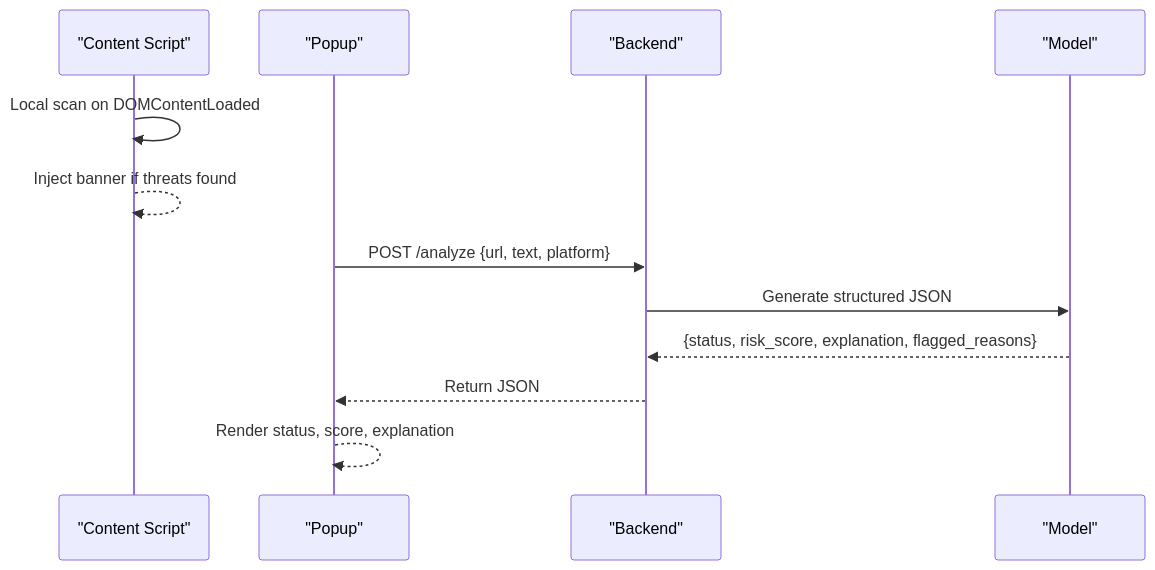
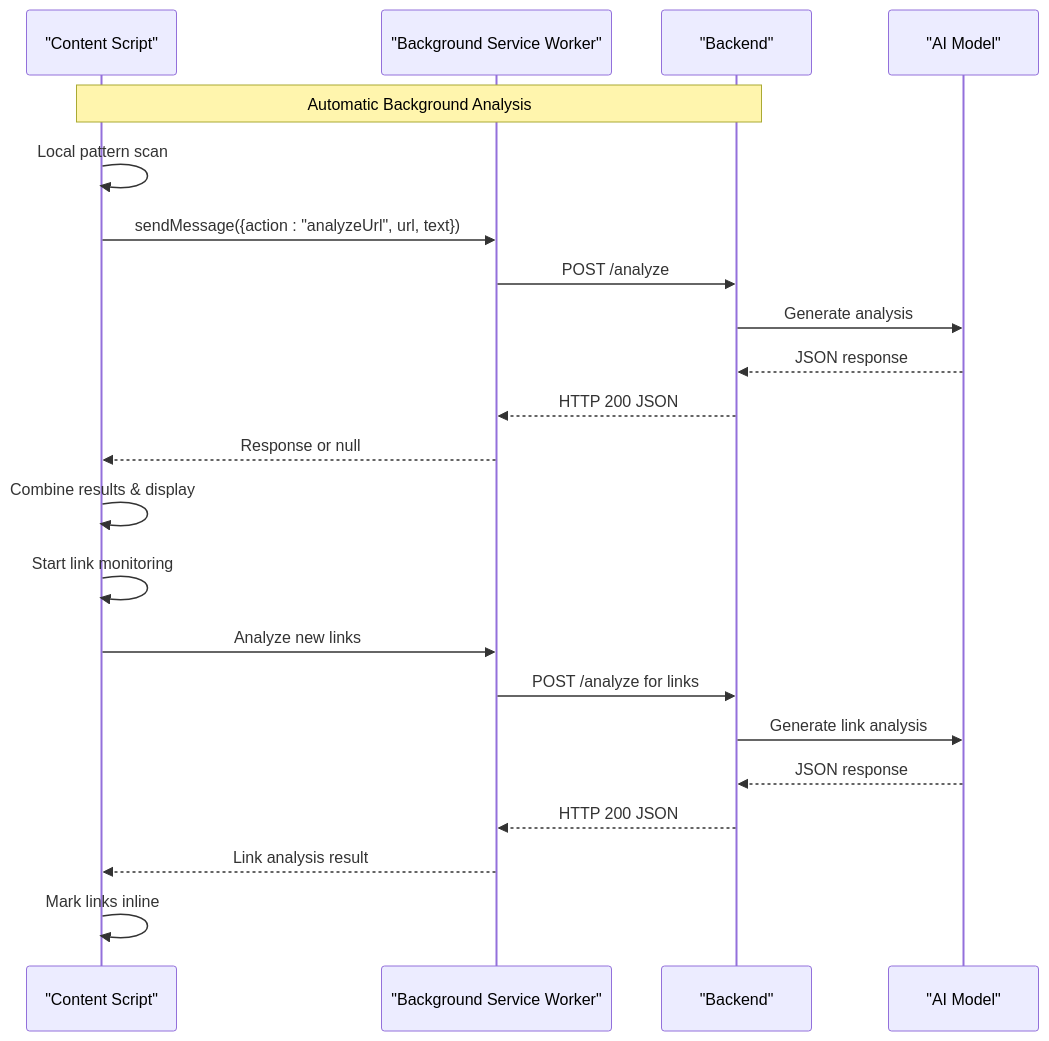
The seventh of 9 diagrams in .qoder/repowiki/en/content/Threat Detection Engine.md (Aymanaahh/scrollguard-ai), drawn with Mermaid before and after one commit. The commit also changed other lines of this file and 38 other files, not shown here.

````diff
--- a/.qoder/repowiki/en/content/Threat Detection Engine.md
+++ b/.qoder/repowiki/en/content/Threat Detection Engine.md
@@ -188,14 +339,24 @@
 ```mermaid
 sequenceDiagram
 participant CS as "Content Script"
-participant POP as "Popup"
+participant BSW as "Background Service Worker"
 participant BE as "Backend"
-participant AI as "Model"
-CS->>CS : Local scan on DOMContentLoaded
-CS-->>CS : Inject banner if threats found
-POP->>BE : POST /analyze {url, text, platform}
-BE->>AI : Generate structured JSON
-AI-->>BE : {status, risk_score, explanation, flagged_reasons}
-BE-->>POP : Return JSON
-POP-->>POP : Render status, score, explanation
+participant AI as "AI Model"
+Note over CS,BE : Automatic Background Analysis
+CS->>CS : Local pattern scan
+CS->>BSW : sendMessage({action : "analyzeUrl", url, text})
+BSW->>BE : POST /analyze
+BE->>AI : Generate analysis
+AI-->>BE : JSON response
+BE-->>BSW : HTTP 200 JSON
+BSW-->>CS : Response or null
+CS->>CS : Combine results & display
+CS->>CS : Start link monitoring
+CS->>BSW : Analyze new links
+BSW->>BE : POST /analyze for links
+BE->>AI : Generate link analysis
+AI-->>BE : JSON response
+BE-->>BSW : HTTP 200 JSON
+BSW-->>CS : Link analysis result
+CS->>CS : Mark links inline
 ```
````
